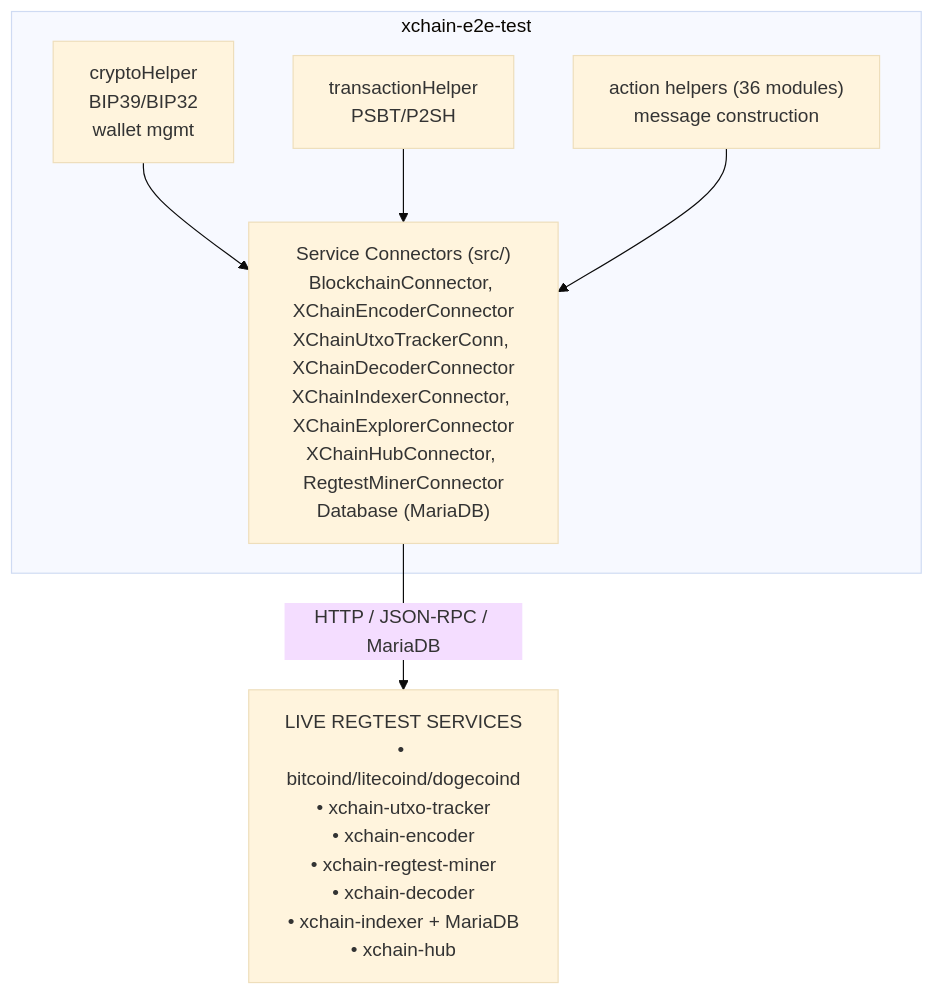
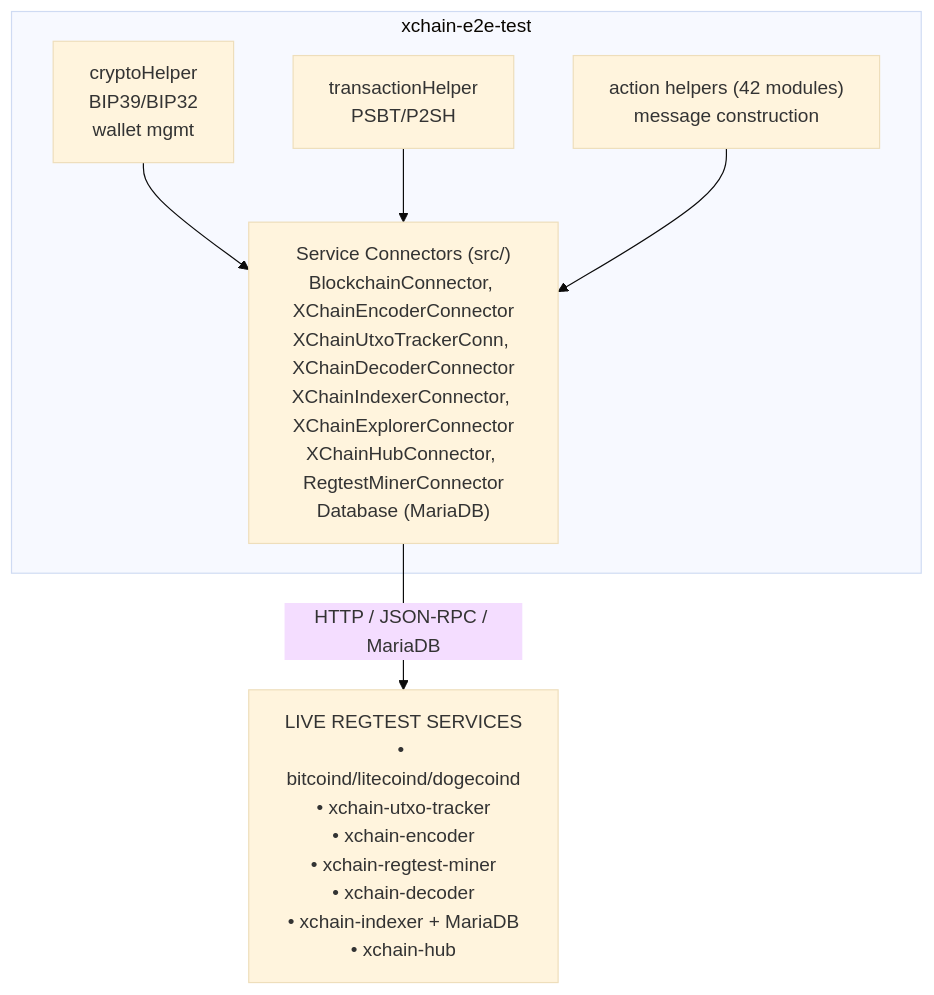
One commit to XChain-Platform/xchain-documentation changed the second of 2 diagrams in components/e2e-test/README.md. Above: the diagram before and after it, drawn with Mermaid (base theme). The commit also changed other lines of this file and 29 other files, not shown here.

````diff
--- a/components/e2e-test/README.md
+++ b/components/e2e-test/README.md
@@ -63,14 +65,14 @@
 ```mermaid
 flowchart TD
     subgraph E2E["xchain-e2e-test"]
         CH["cryptoHelper<br>BIP39/BIP32<br>wallet mgmt"]
         TH["transactionHelper<br>PSBT/P2SH"]
-        AH["action helpers (36 modules)<br>message construction"]
+        AH["action helpers (42 modules)<br>message construction"]
         SC["Service Connectors (src/)<br>BlockchainConnector, XChainEncoderConnector<br>XChainUtxoTrackerConn, XChainDecoderConnector<br>XChainIndexerConnector, XChainExplorerConnector<br>XChainHubConnector, RegtestMinerConnector<br>Database (MariaDB)"]
         CH --> SC
         TH --> SC
         AH --> SC
     end
     SVC["LIVE REGTEST SERVICES<br>• bitcoind/litecoind/dogecoind<br>• xchain-utxo-tracker<br>• xchain-encoder<br>• xchain-regtest-miner<br>• xchain-decoder<br>• xchain-indexer + MariaDB<br>• xchain-hub"]
     SC -->|HTTP / JSON-RPC / MariaDB| SVC
 ```
````
